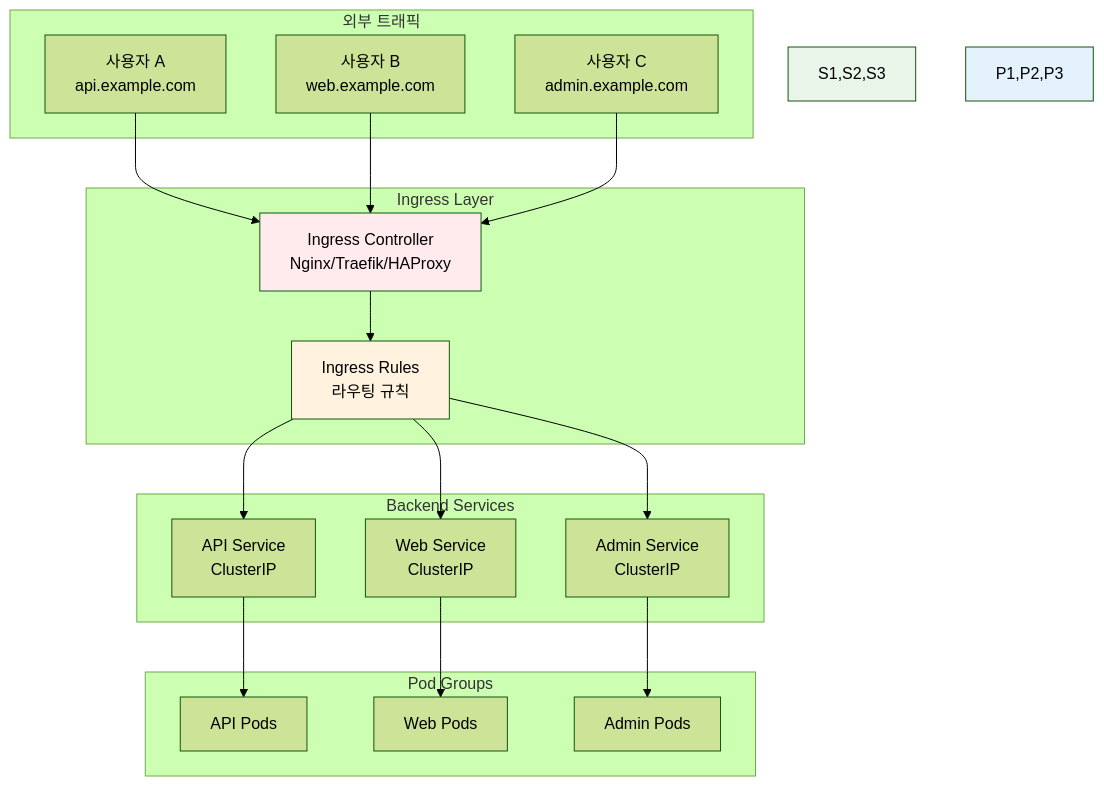
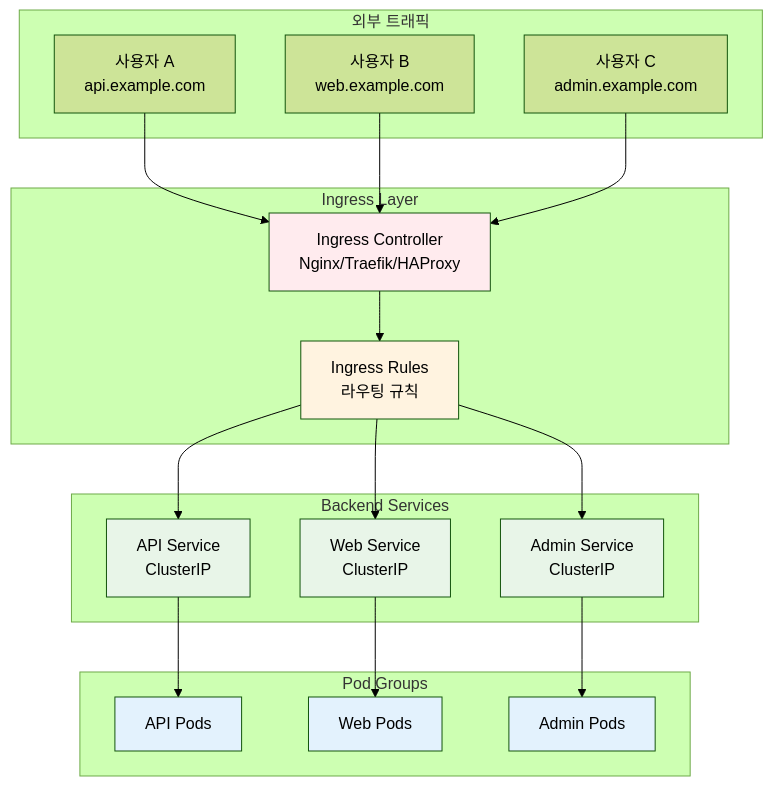
One commit to niceguy61/kdt_devops_lecture_2025 changed the fourth of 4 diagrams in theory/week_03/day3/session_2.md. Above: the diagram before and after it, drawn with Mermaid (forest theme). The commit also changed other lines of this file and 2 other files, not shown here.

Commit message:
mermaid update

````diff
--- a/theory/week_03/day3/session_2.md
+++ b/theory/week_03/day3/session_2.md
@@ -171,43 +175,47 @@
 ```mermaid
 graph TB
     subgraph "외부 트래픽"
         U1[사용자 A<br/>api.example.com]
         U2[사용자 B<br/>web.example.com]
         U3[사용자 C<br/>admin.example.com]
     end
     
     subgraph "Ingress Layer"
         I[Ingress Controller<br/>Nginx/Traefik/HAProxy]
         R[Ingress Rules<br/>라우팅 규칙]
     end
     
     subgraph "Backend Services"
         S1[API Service<br/>ClusterIP]
         S2[Web Service<br/>ClusterIP]
         S3[Admin Service<br/>ClusterIP]
     end
     
     subgraph "Pod Groups"
         P1[API Pods]
         P2[Web Pods]
         P3[Admin Pods]
     end
     
     U1 --> I
     U2 --> I
     U3 --> I
     
     I --> R
     R --> S1
     R --> S2
     R --> S3
     
     S1 --> P1
     S2 --> P2
     S3 --> P3
     
     style I fill:#ffebee
     style R fill:#fff3e0
-    style S1,S2,S3 fill:#e8f5e8
-    style P1,P2,P3 fill:#e3f2fd
+    style S1 fill:#e8f5e8
+    style S2 fill:#e8f5e8
+    style S3 fill:#e8f5e8
+    style P1 fill:#e3f2fd
+    style P2 fill:#e3f2fd
+    style P3 fill:#e3f2fd
 ```
````
